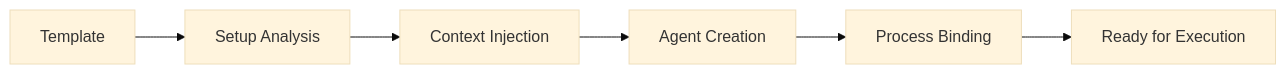
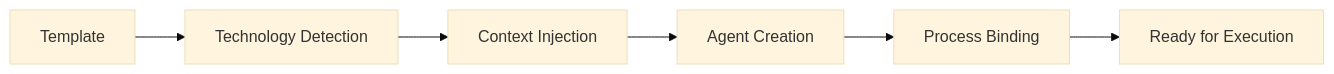
The diagram in docs/architecture.md (xilnick/claude-guild), drawn with Mermaid (base theme) before and after one commit. The commit also changed other lines of this file and 21 other files, not shown here.

````diff
--- a/docs/architecture.md
+++ b/docs/architecture.md
@@ -113,8 +110,8 @@
 ```mermaid
 graph LR
-    A[Template] --> B[Setup Analysis]
+    A[Template] --> B[Technology Detection]
     B --> C[Context Injection]
     C --> D[Agent Creation]
     D --> E[Process Binding]
     E --> F[Ready for Execution]
 ```
````
